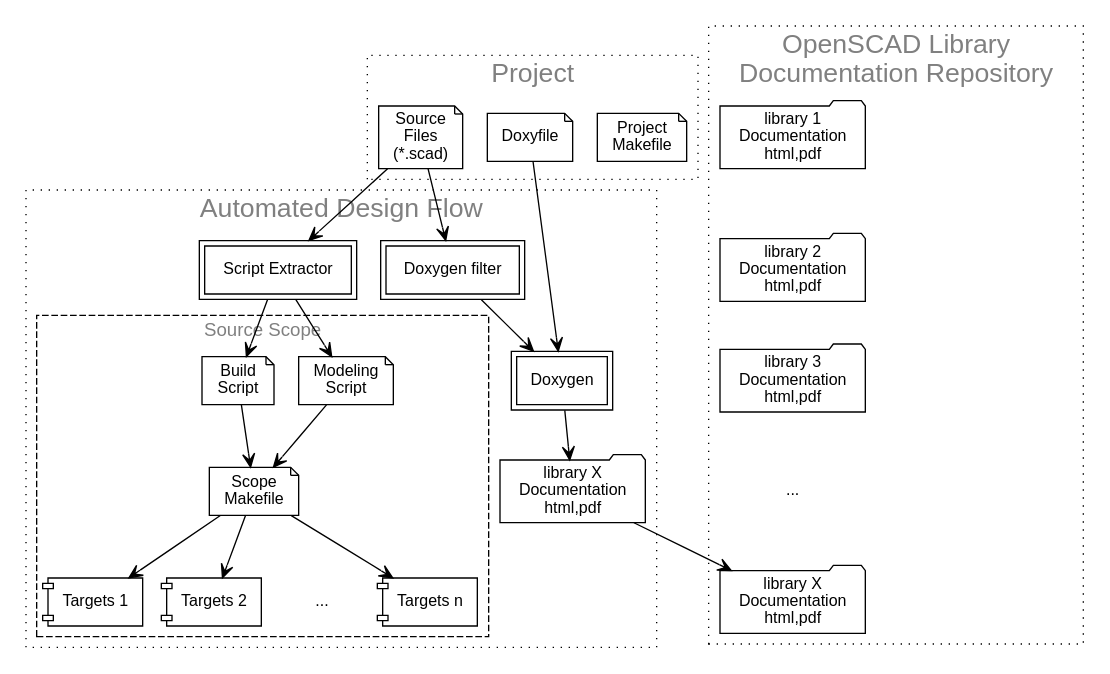
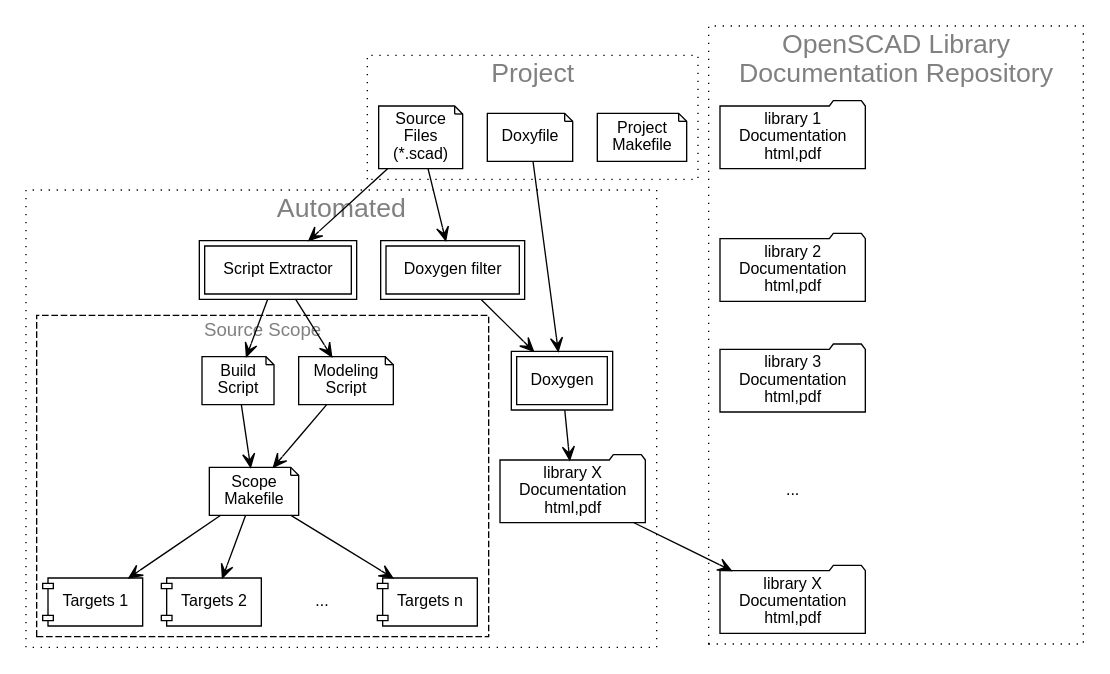
One commit to royasutton/openscad-amu changed the diagram in docs/assets/flow.dot. Above: the diagram before and after it, drawn with Graphviz. The commit also changed 4 other files, not shown here.

```diff
--- a/docs/assets/flow.dot
+++ b/docs/assets/flow.dot
@@ -1,60 +1,60 @@
 digraph example {
 
   graph[fontname=Helvetica, fontsize=20, fontcolor=gray, style=dotted];
   node [fontname=Helvetica, fontsize=12];
   edge [arrowhead=vee];
 
   subgraph cluster_template {
     label="Project";
 
     a1 [shape=note label="Project\nMakefile"];
     a2 [shape=note label="Source\nFiles\n(*.scad)"];
     a3 [shape=note label="Doxyfile"];
 
     { rank=same; a1; a2; a3; }
   }
 
   subgraph cluster_flow {
-    label="Automated Design Flow";
+    label="Automated";
 
     b  [shape=box peripheries=2 label="Script Extractor"];
     g  [shape=box peripheries=2 label="Doxygen filter"];
     h  [shape=box peripheries=2 label="Doxygen"];
     i  [shape=folder label="library X\nDocumentation\nhtml,pdf"];
 
     subgraph cluster_scope {
     graph[fontsize=14, style=dashed];
     label="Source Scope";
 
       c  [shape=note label="Modeling\nScript"];
       d  [shape=note label="Build\nScript"];
       e  [shape=note label="Scope\nMakefile"];
       f1 [shape=component label="Targets 1"];
       f2 [shape=component label="Targets 2"];
       f3 [shape=none label="..."];
       fn [shape=component label="Targets n"];
 
       c->e; d->e;
       e->f1; e->f2; e->f3 [style=invis]; e->fn;
     }
 
     b->{c d};
     g->h; h->i;
   }
 
   subgraph cluster_docrepo {
     label="OpenSCAD Library\nDocumentation Repository";
 
     edge [style=invis];
     d1 [shape=folder label="library 1\nDocumentation\nhtml,pdf"];
     d2 [shape=folder label="library 2\nDocumentation\nhtml,pdf"];
     d3 [shape=folder label="library 3\nDocumentation\nhtml,pdf"];
     d4 [shape=none   label="..."];
     d5 [shape=folder label="library X\nDocumentation\nhtml,pdf"];
     d1->d2->d3->d4->d5;
   }
 
   a2->{b g};
   a3->h;
   i->d5;
 }
```
